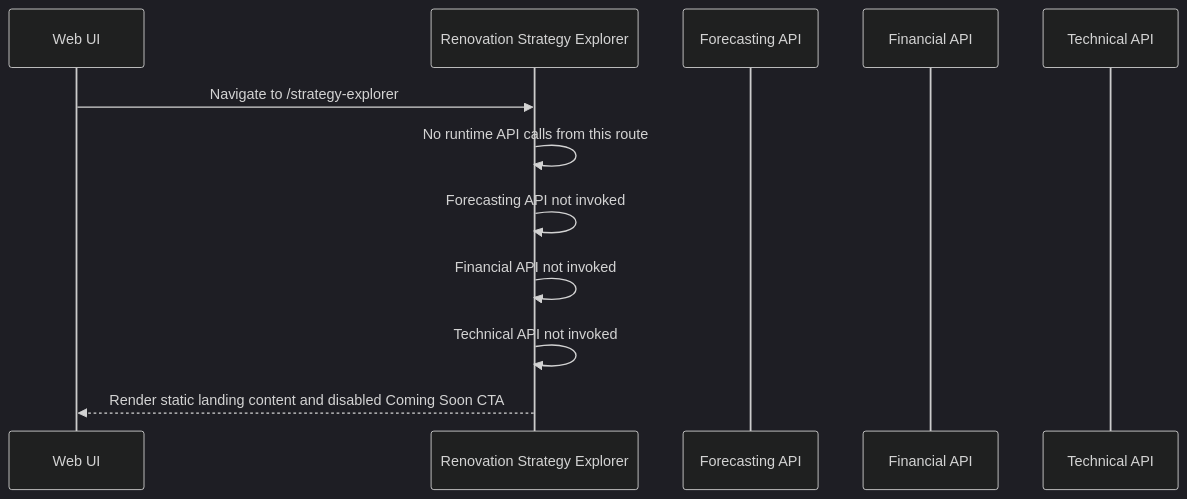
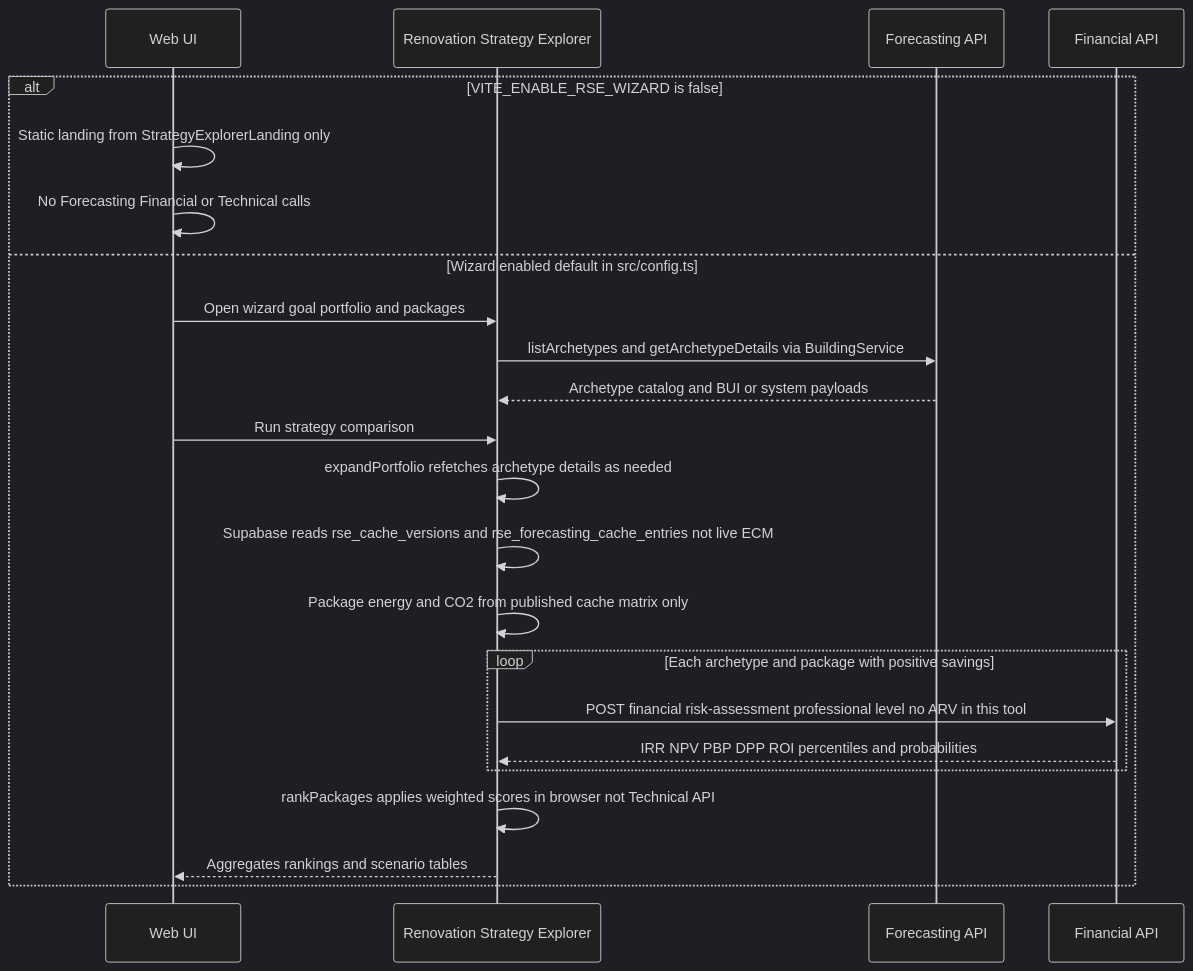
Before and after one commit to ReLIFE-Project-EU/relife-web-ui: the fifth of 6 diagrams in README.md, drawn with Mermaid (dark theme). The commit also changed other lines of this file, not shown here.

Commit message:
📝 Update README to align with RSE

````diff
--- a/README.md
+++ b/README.md
@@ -207,15 +208,26 @@
 ```mermaid
 sequenceDiagram
     participant UI as Web UI
     participant RSE as Renovation Strategy Explorer
     participant FCAST as Forecasting API
     participant FIN as Financial API
-    participant TECH as Technical API
 
-    UI->>RSE: Navigate to /strategy-explorer
-    RSE->>RSE: No runtime API calls from this route
-    RSE->>RSE: Forecasting API not invoked
-    RSE->>RSE: Financial API not invoked
-    RSE->>RSE: Technical API not invoked
-    RSE-->>UI: Render static landing content and disabled Coming Soon CTA
+    alt VITE_ENABLE_RSE_WIZARD is false
+        UI->>UI: Static landing from StrategyExplorerLanding only
+        UI->>UI: No Forecasting Financial or Technical calls
+    else Wizard enabled default in src/config.ts
+        UI->>RSE: Open wizard goal portfolio and packages
+        RSE->>FCAST: listArchetypes and getArchetypeDetails via BuildingService
+        FCAST-->>RSE: Archetype catalog and BUI or system payloads
+        UI->>RSE: Run strategy comparison
+        RSE->>RSE: expandPortfolio refetches archetype details as needed
+        RSE->>RSE: Supabase reads rse_cache_versions and rse_forecasting_cache_entries not live ECM
+        RSE->>RSE: Package energy and CO2 from published cache matrix only
+        loop Each archetype and package with positive savings
+            RSE->>FIN: POST financial risk-assessment professional level no ARV in this tool
+            FIN-->>RSE: IRR NPV PBP DPP ROI percentiles and probabilities
+        end
+        RSE->>RSE: rankPackages applies weighted scores in browser not Technical API
+        RSE-->>UI: Aggregates rankings and scenario tables
+    end
 ```
````
